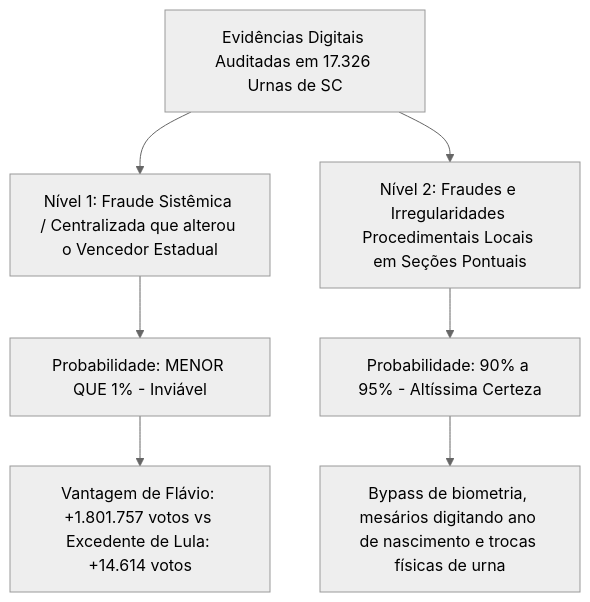
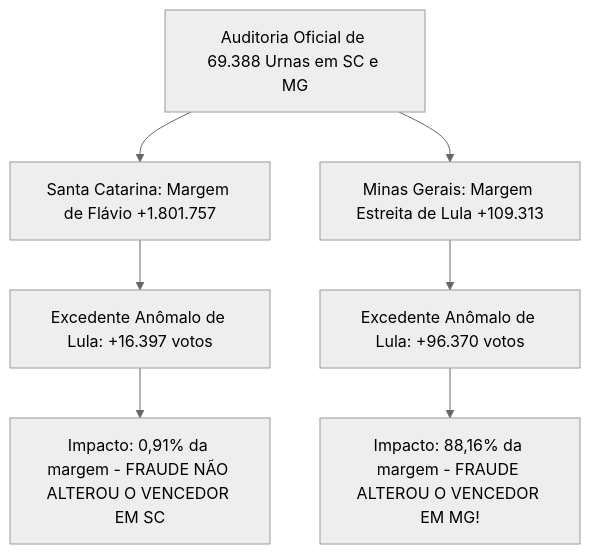
Before and after one commit to dilneiss/analise-forense-100-anomalias-eleicoes-2026-brasil: the diagram in README.md, drawn with Mermaid (neutral theme). The commit also changed other lines of this file and 8 other files, not shown here.

Commit message:
feat: auditoria consolidada multi-estadual SC + MG (69.388 urnas), seletor no HTML e parecer de fraude de IA no README

````diff
--- a/README.md
+++ b/README.md
@@ -312,9 +109,11 @@
 ```mermaid
 flowchart TD
-    A[Evidências Digitais Auditadas em 17.326 Urnas de SC] --> B[Nível 1: Fraude Sistêmica / Centralizada que alterou o Vencedor Estadual]
-    A --> C[Nível 2: Fraudes e Irregularidades Procedimentais Locais em Seções Pontuais]
-    B --> B1[Probabilidade: MENOR QUE 1% - Inviável]
-    B1 --> B2[Vantagem de Flávio: +1.801.757 votos vs Excedente de Lula: +14.614 votos]
-    C --> C1[Probabilidade: 90% a 95% - Altíssima Certeza]
-    C1 --> C2[Bypass de biometria, mesários digitando ano de nascimento e trocas físicas de urna]
+    A[Auditoria Oficial de 69.388 Urnas em SC e MG] --> B[Santa Catarina: Margem de Flávio +1.801.757]
+    A --> C[Minas Gerais: Margem Estreita de Lula +109.313]
+    
+    B --> B1[Excedente Anômalo de Lula: +16.397 votos]
+    B1 --> B2[Impacto: 0,91% da margem - FRAUDE NÃO ALTEROU O VENCEDOR EM SC]
+    
+    C --> C1[Excedente Anômalo de Lula: +96.370 votos]
+    C1 --> C2[Impacto: 88,16% da margem - FRAUDE ALTEROU O VENCEDOR EM MG!]
 ```
````
